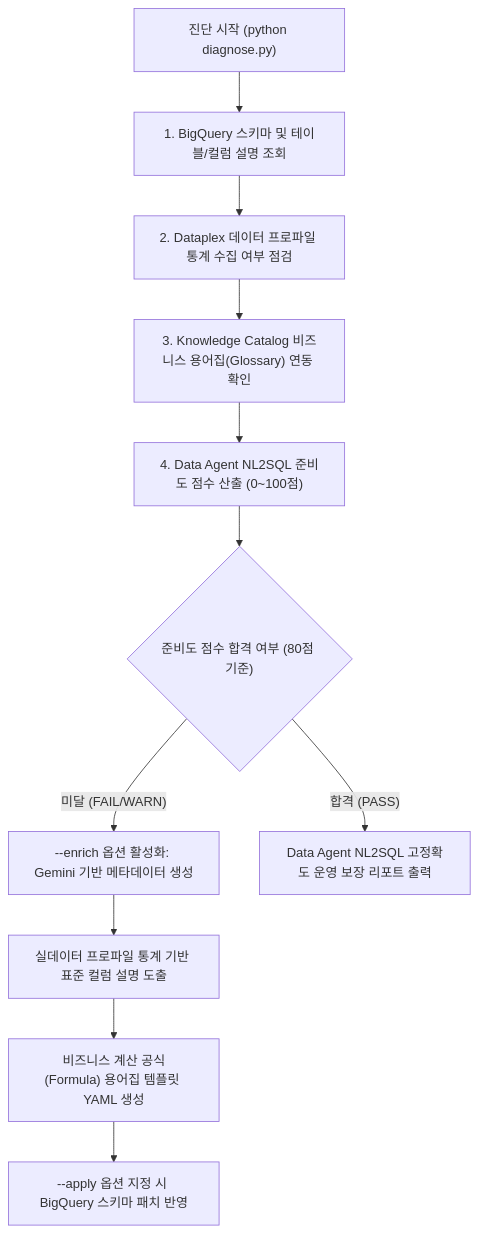
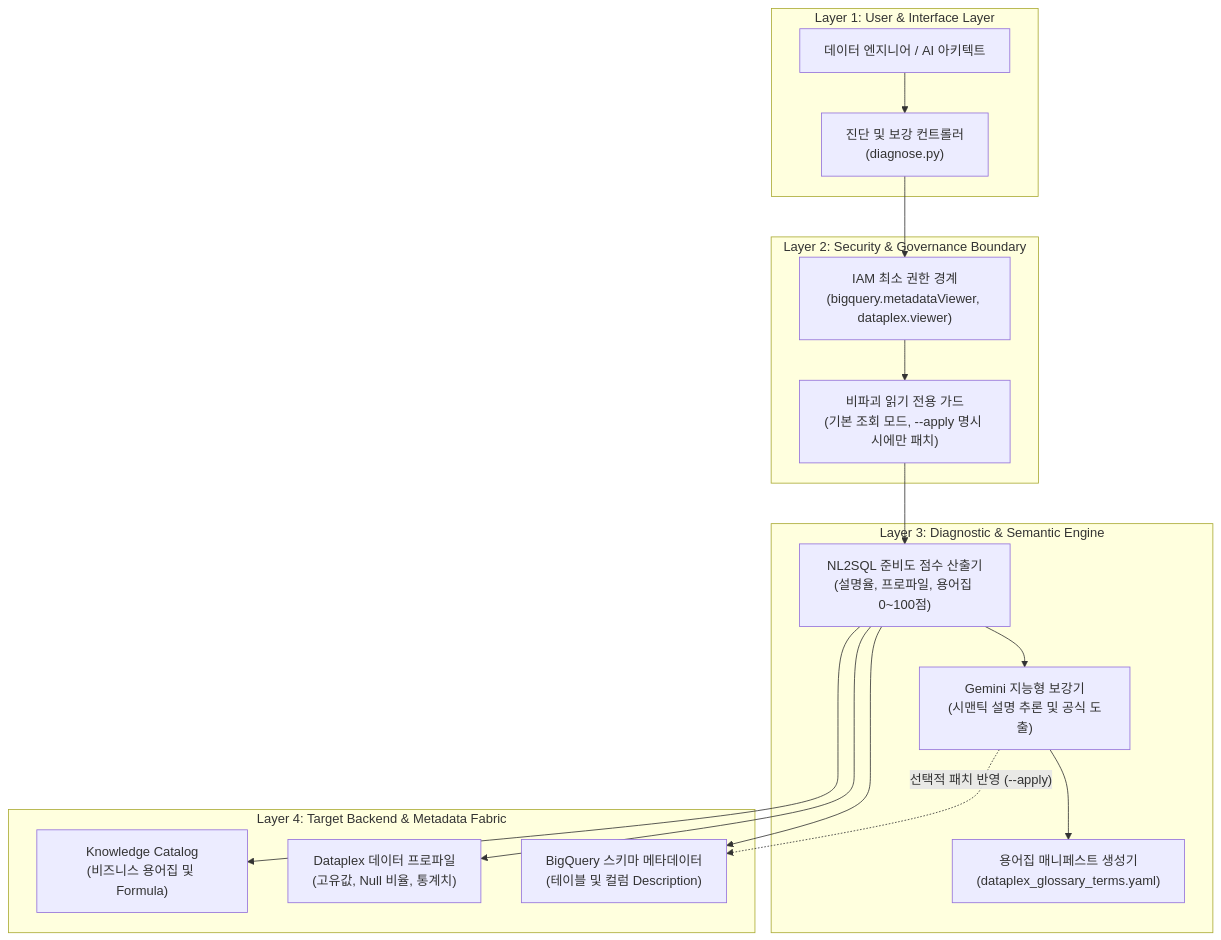
The diagram in samples/bigquery-data-agent-semantic-enricher/README.md (jiangjun-forge/google-cloud-0-to-1), drawn with Mermaid before and after one commit. The commit also changed other lines of this file and 16 other files, not shown here.

````diff
--- a/samples/bigquery-data-agent-semantic-enricher/README.md
+++ b/samples/bigquery-data-agent-semantic-enricher/README.md
@@ -77,13 +77,34 @@
 ```mermaid
 flowchart TD
-    A["진단 시작 (python diagnose.py)"] --> B["1. BigQuery 스키마 및 테이블/컬럼 설명 조회"]
-    B --> C["2. Dataplex 데이터 프로파일 통계 수집 여부 점검"]
-    C --> D["3. Knowledge Catalog 비즈니스 용어집(Glossary) 연동 확인"]
-    D --> E["4. Data Agent NL2SQL 준비도 점수 산출 (0~100점)"]
-    E --> F{"준비도 점수 합격 여부 (80점 기준)"}
-    F -- "미달 (FAIL/WARN)" --> G["--enrich 옵션 활성화: Gemini 기반 메타데이터 생성"]
-    G --> H["실데이터 프로파일 통계 기반 표준 컬럼 설명 도출"]
-    H --> I["비즈니스 계산 공식(Formula) 용어집 템플릿 YAML 생성"]
-    I --> J["--apply 옵션 지정 시 BigQuery 스키마 패치 반영"]
-    F -- "합격 (PASS)" --> K["Data Agent NL2SQL 고정확도 운영 보장 리포트 출력"]
+    subgraph Layer1 ["Layer 1: User & Interface Layer"]
+        User["데이터 엔지니어 / AI 아키텍트"]
+        CLI["진단 및 보강 컨트롤러<br/>(diagnose.py)"]
+        User --> CLI
+    end
+
+    subgraph Layer2 ["Layer 2: Security & Governance Boundary"]
+        IAMBoundary["IAM 최소 권한 경계<br/>(bigquery.metadataViewer, dataplex.viewer)"]
+        NonDestructive["비파괴 읽기 전용 가드<br/>(기본 조회 모드, --apply 명시 시에만 패치)"]
+        CLI --> IAMBoundary
+        IAMBoundary --> NonDestructive
+    end
+
+    subgraph Layer3 ["Layer 3: Diagnostic & Semantic Engine"]
+        ScoreEngine["NL2SQL 준비도 점수 산출기<br/>(설명율, 프로파일, 용어집 0~100점)"]
+        EnrichEngine["Gemini 지능형 보강기<br/>(시맨틱 설명 추론 및 공식 도출)"]
+        YamlGen["용어집 매니페스트 생성기<br/>(dataplex_glossary_terms.yaml)"]
+        NonDestructive --> ScoreEngine
+        ScoreEngine --> EnrichEngine
+        EnrichEngine --> YamlGen
+    end
+
+    subgraph Layer4 ["Layer 4: Target Backend & Metadata Fabric"]
+        BQMeta["BigQuery 스키마 메타데이터<br/>(테이블 및 컬럼 Description)"]
+        DataplexProfile["Dataplex 데이터 프로파일<br/>(고유값, Null 비율, 통계치)"]
+        KnowledgeCatalog["Knowledge Catalog<br/>(비즈니스 용어집 및 Formula)"]
+        ScoreEngine --> BQMeta
+        ScoreEngine --> DataplexProfile
+        ScoreEngine --> KnowledgeCatalog
+        EnrichEngine -.->|"선택적 패치 반영 (--apply)"| BQMeta
+    end
 ```
````
